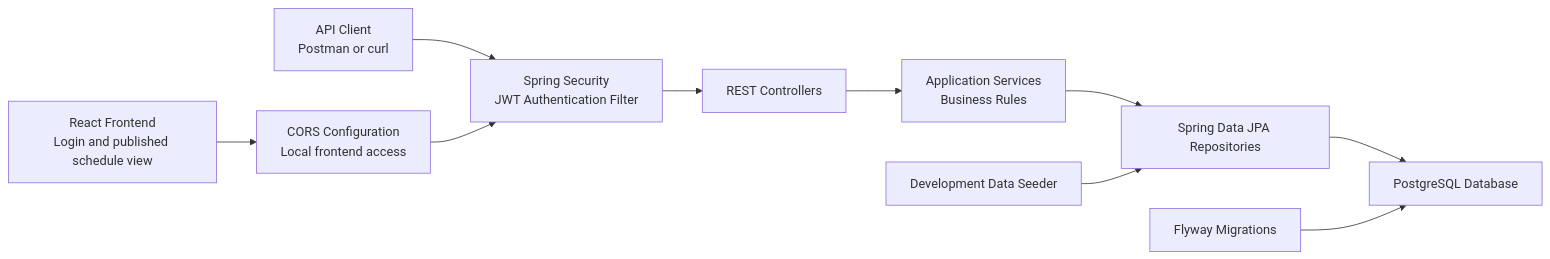
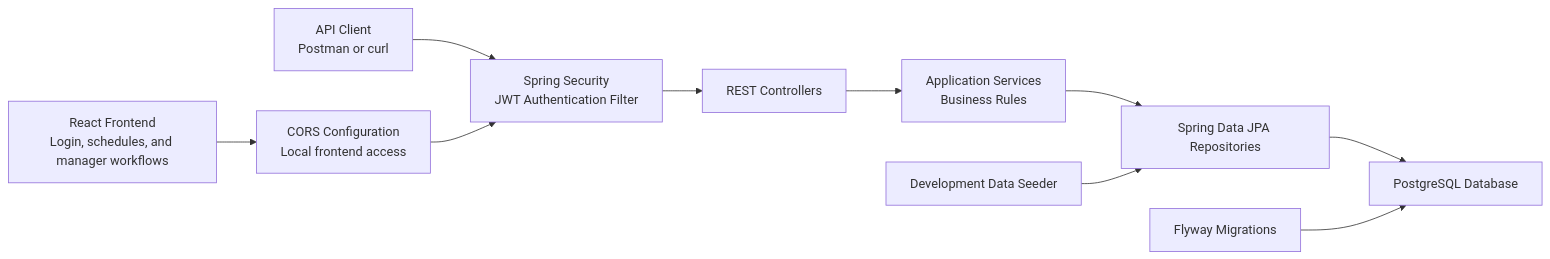
The first of 14 diagrams in docs/current-backend-architecture.md (HiliMor/shift-management-system), drawn with Mermaid before and after one commit. The commit also changed other lines of this file and 11 other files, not shown here.

````diff
--- a/docs/current-backend-architecture.md
+++ b/docs/current-backend-architecture.md
@@ -9,23 +9,23 @@
 ```mermaid
 flowchart LR
-    react["React Frontend<br/>Login and published schedule view"]
+    react["React Frontend<br/>Login, schedules, and manager workflows"]
     apiClient["API Client<br/>Postman or curl"]
     security["Spring Security<br/>JWT Authentication Filter"]
     cors["CORS Configuration<br/>Local frontend access"]
     controllers["REST Controllers"]
     services["Application Services<br/>Business Rules"]
     repositories["Spring Data JPA Repositories"]
     database["PostgreSQL Database"]
     flyway["Flyway Migrations"]
     seed["Development Data Seeder"]
 
     react --> cors
     apiClient --> security
     cors --> security
     security --> controllers
     controllers --> services
     services --> repositories
     repositories --> database
     flyway --> database
     seed --> repositories
 ```
````
